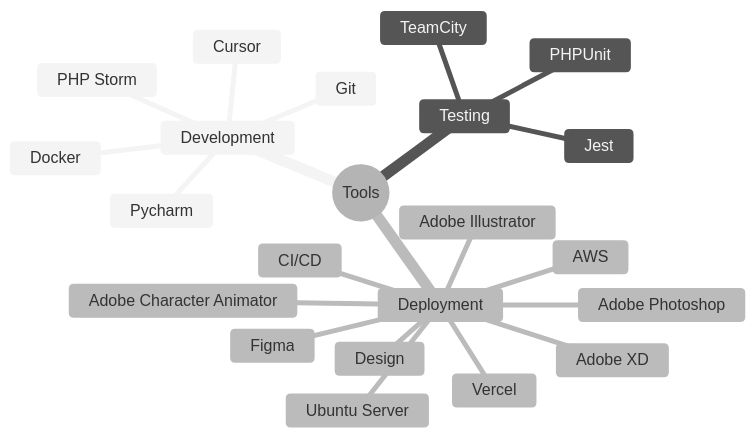
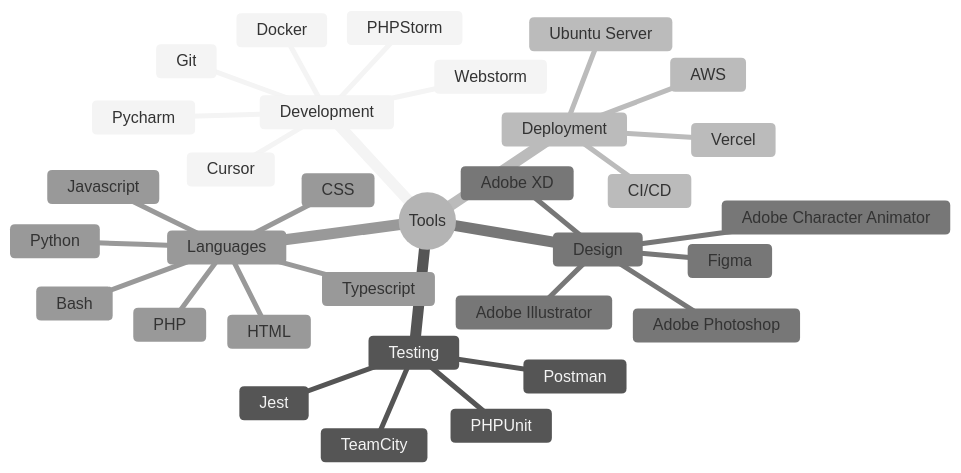
The diagram in README.md (PasperFection/PasperFection), drawn with Mermaid (neutral theme) before and after one commit. The commit also changed other lines of this file, not shown here.

````diff
--- a/README.md
+++ b/README.md
@@ -42,29 +6,40 @@
 ```mermaid
 mindmap
   root((Tools))
     Development
       Cursor
       Docker
-      PHP Storm
+      PHPStorm
       Pycharm
+      Webstorm
       Git
 
     Testing
       Jest
       PHPUnit
       TeamCity
+      Postman
 
     Deployment
       CI/CD
       AWS
       Vercel
       Ubuntu Server
 
-      Design
+    Design
       Adobe Character Animator
       Adobe Photoshop
       Adobe Illustrator
       Adobe XD
       Figma
 
+    Languages
+       HTML
+       CSS
+       Javascript
+       PHP
+       Python
+       Bash
+       Typescript
+
 ```
````
